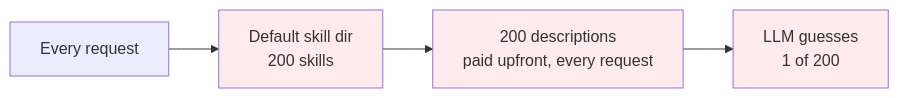
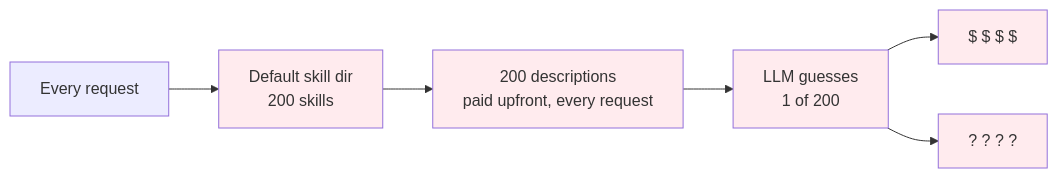
Before and after one commit to mingzilla/public_skills: the first of 2 diagrams in unit__context__upfront_cost/usage.md, drawn with Mermaid. The commit also changed other lines of this file and 2 other files, not shown here.

Commit message:
share unit__context__upfront_cost

````diff
--- a/unit__context__upfront_cost/usage.md
+++ b/unit__context__upfront_cost/usage.md
@@ -12,13 +12,17 @@
 ```mermaid
 flowchart LR
     REQ["Every request"]
     DIR["Default skill dir<br/>200 skills"]
     DESC["200 descriptions<br/>paid upfront, every request"]
     PICK["LLM guesses<br/>1 of 200"]
-    REQ --> DIR
-    DIR --> DESC
-    DESC --> PICK
+    COST["$ $ $ $"]
+    CONFUSION["? ? ? ?"]
+    REQ --> DIR --> DESC --> PICK
+    PICK --> COST
+    PICK --> CONFUSION
     style DIR fill: #ffebee
     style DESC fill: #ffebee
     style PICK fill: #ffebee
+    style COST fill: #ffebee
+    style CONFUSION fill: #ffebee
 ```
````
